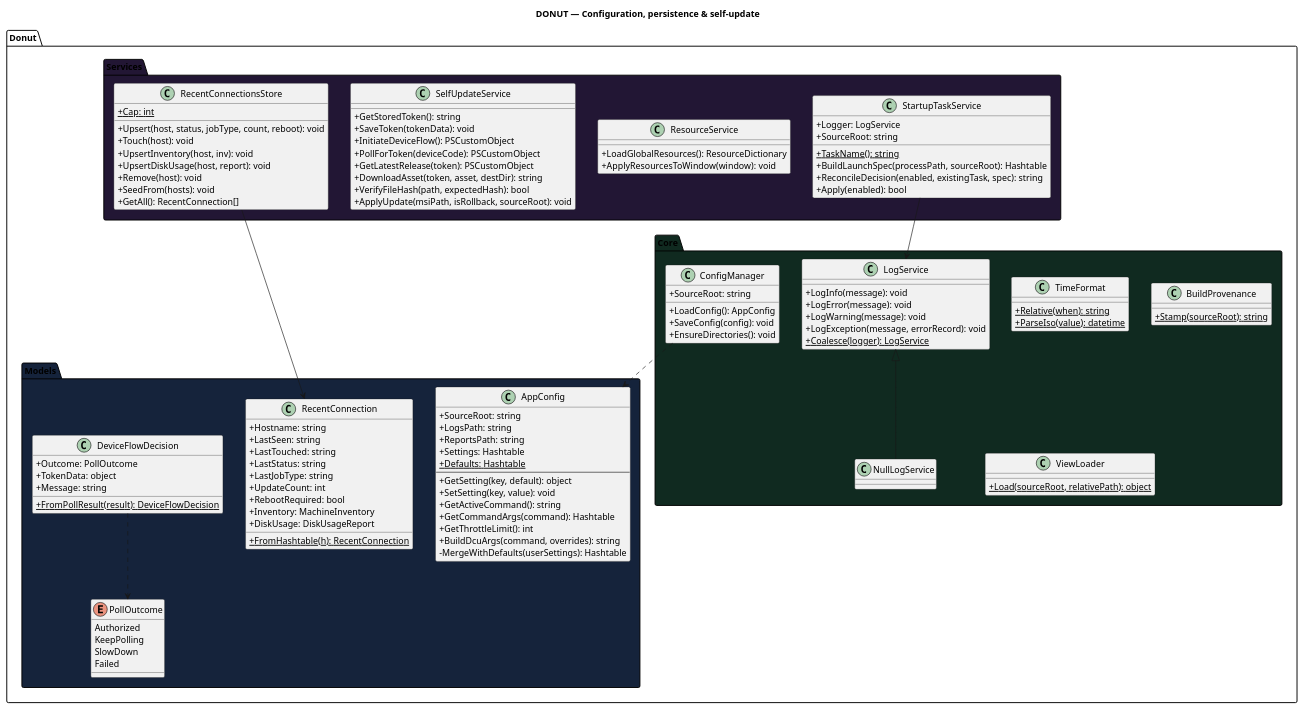
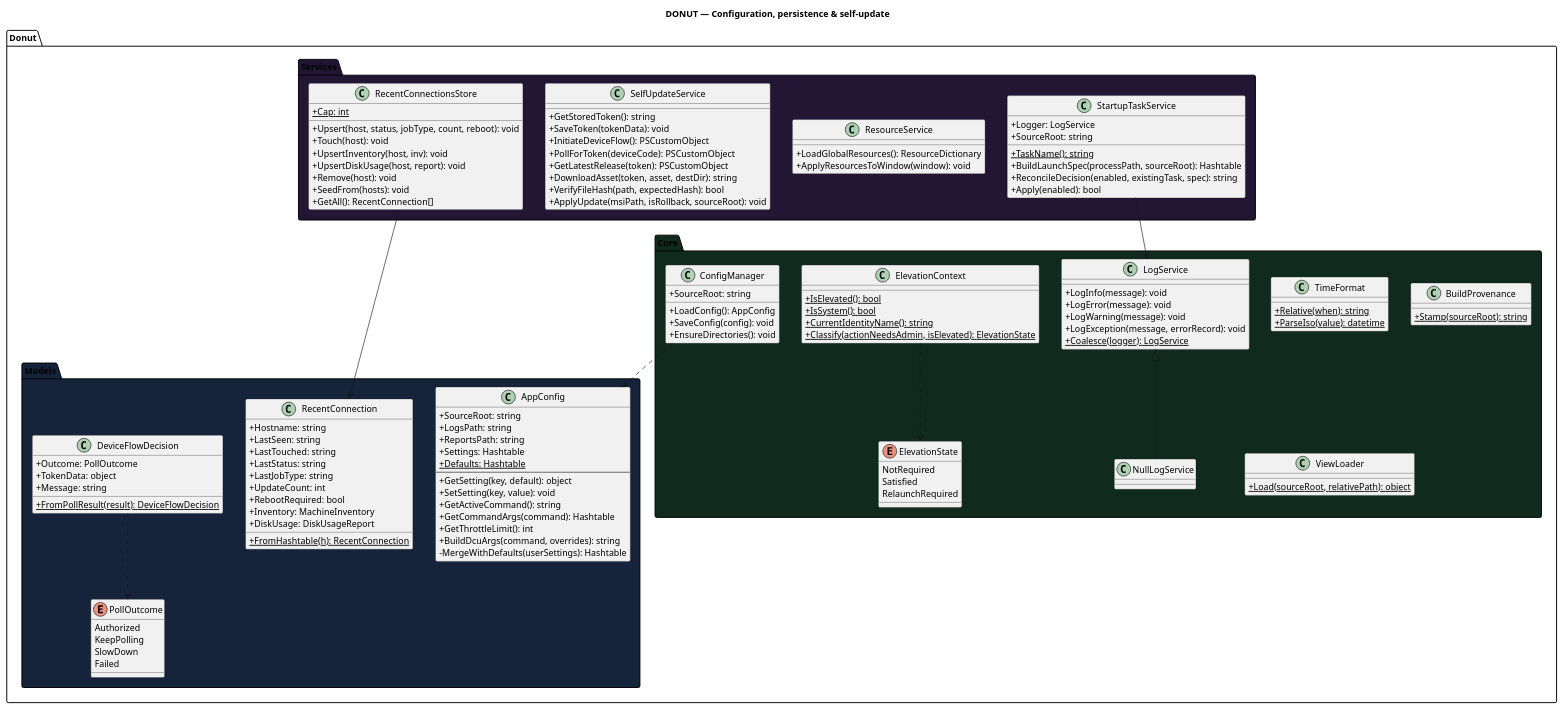
The diagram in docs/diagrams/class_config.puml (Danial-Changez/DONUT), drawn with PlantUML before and after one commit. The commit also changed 5 other files, not shown here.

First line of the commit message:
feat: ElevationContext - the app can tell whether it is elevated

```diff
--- a/docs/diagrams/class_config.puml
+++ b/docs/diagrams/class_config.puml
@@ -1,127 +1,141 @@
 @startuml class_config
 title DONUT — Configuration, persistence & self-update
 skinparam classAttributeIconSize 0
 
 ' Subsystem cut of the retired all-in-one class diagram: config/persistence,
 ' logging/provenance, the recents store, startup-task plumbing, and self-update.
 ' Cross-subsystem wiring lives in component_diagram.
 package "Donut.Core" #102A20 {
     class ConfigManager {
         +SourceRoot: string
         +LoadConfig(): AppConfig
         +SaveConfig(config): void
         +EnsureDirectories(): void
     }
 
     class LogService {
         +LogInfo(message): void
         +LogError(message): void
         +LogWarning(message): void
         +LogException(message, errorRecord): void
         +{static} Coalesce(logger): LogService
     }
     class NullLogService extends LogService
 
     class TimeFormat {
         +{static} Relative(when): string
         +{static} ParseIso(value): datetime
     }
+
+    enum ElevationState {
+        NotRequired
+        Satisfied
+        RelaunchRequired
+    }
+
+    class ElevationContext {
+        +{static} IsElevated(): bool
+        +{static} IsSystem(): bool
+        +{static} CurrentIdentityName(): string
+        +{static} Classify(actionNeedsAdmin, isElevated): ElevationState
+    }
+    ElevationContext ..> ElevationState
 
     class BuildProvenance {
         +{static} Stamp(sourceRoot): string
     }
 
     class ViewLoader {
         +{static} Load(sourceRoot, relativePath): object
     }
 }
 
 package "Donut.Services" #221634 {
     class RecentConnectionsStore {
         +{static} Cap: int
         +Upsert(host, status, jobType, count, reboot): void
         +Touch(host): void
         +UpsertInventory(host, inv): void
         +UpsertDiskUsage(host, report): void
         +Remove(host): void
         +SeedFrom(hosts): void
         +GetAll(): RecentConnection[]
     }
 
     class ResourceService {
         +LoadGlobalResources(): ResourceDictionary
         +ApplyResourcesToWindow(window): void
     }
 
     class SelfUpdateService {
         +GetStoredToken(): string
         +SaveToken(tokenData): void
         +InitiateDeviceFlow(): PSCustomObject
         +PollForToken(deviceCode): PSCustomObject
         +GetLatestRelease(token): PSCustomObject
         +DownloadAsset(token, asset, destDir): string
         +VerifyFileHash(path, expectedHash): bool
         +ApplyUpdate(msiPath, isRollback, sourceRoot): void
     }
 
     class StartupTaskService {
         +Logger: LogService
         +SourceRoot: string
         +{static} TaskName(): string
         +BuildLaunchSpec(processPath, sourceRoot): Hashtable
         +ReconcileDecision(enabled, existingTask, spec): string
         +Apply(enabled): bool
     }
 }
 
 package "Donut.Models" #15233B {
     class AppConfig {
         +SourceRoot: string
         +LogsPath: string
         +ReportsPath: string
         +Settings: Hashtable
         +{static} Defaults: Hashtable
         --
         +GetSetting(key, default): object
         +SetSetting(key, value): void
         +GetActiveCommand(): string
         +GetCommandArgs(command): Hashtable
         +GetThrottleLimit(): int
         +BuildDcuArgs(command, overrides): string
         -MergeWithDefaults(userSettings): Hashtable
     }
 
     class RecentConnection {
         +Hostname: string
         +LastSeen: string
         +LastTouched: string
         +LastStatus: string
         +LastJobType: string
         +UpdateCount: int
         +RebootRequired: bool
         +Inventory: MachineInventory
         +DiskUsage: DiskUsageReport
         +{static} FromHashtable(h): RecentConnection
     }
 
     enum PollOutcome {
         Authorized
         KeepPolling
         SlowDown
         Failed
     }
 
     class DeviceFlowDecision {
         +Outcome: PollOutcome
         +TokenData: object
         +Message: string
         +{static} FromPollResult(result): DeviceFlowDecision
     }
 }
 
 ConfigManager ..> AppConfig
 RecentConnectionsStore --> RecentConnection
 DeviceFlowDecision ..> PollOutcome
 StartupTaskService --> LogService
 
 @enduml
```
